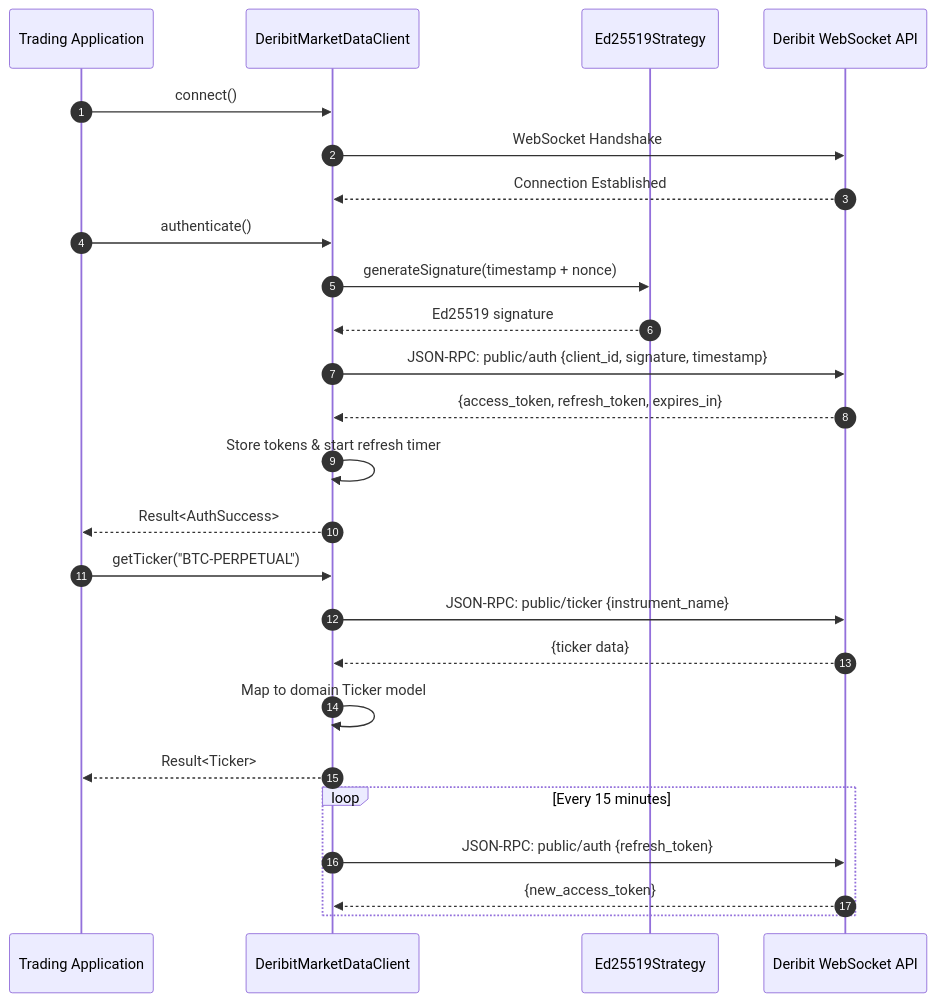
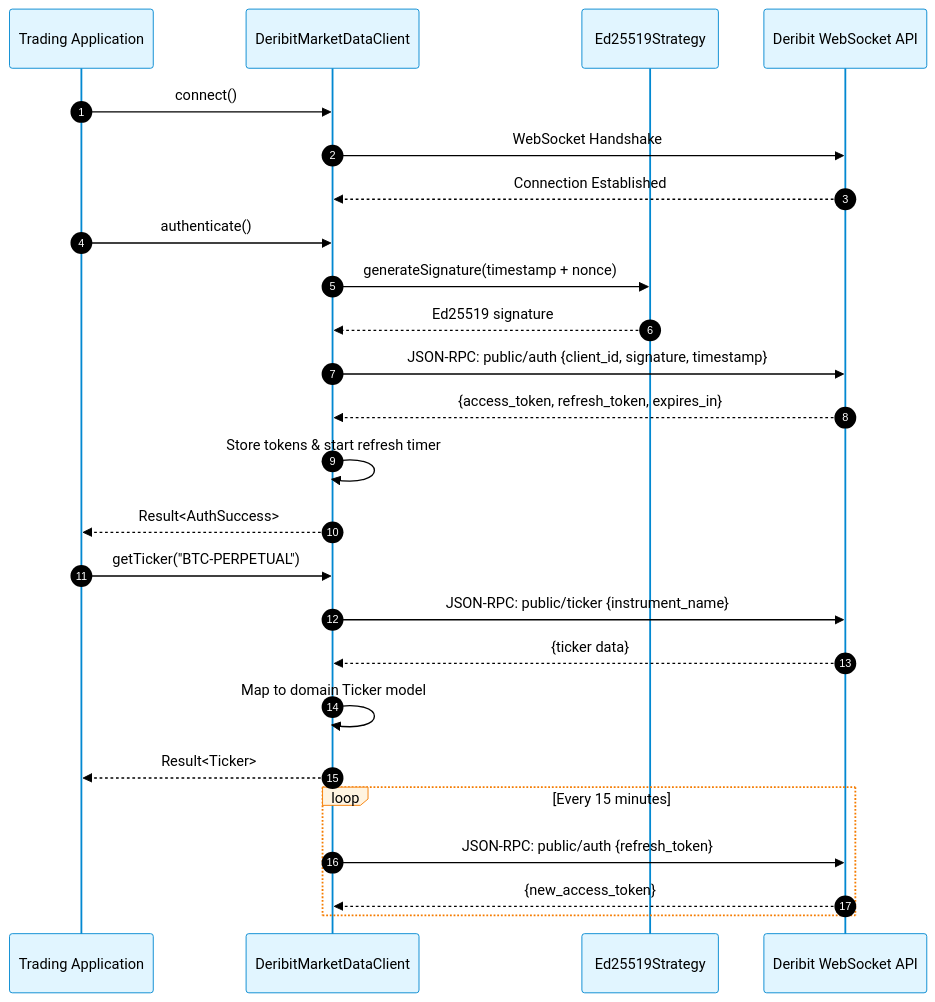
Before and after one commit to ArmandRicheletKleinberg/Ark.Alliance.Trading.Providers.Lib: the eighth of 10 diagrams in README.md, drawn with Mermaid. The commit also changed other lines of this file, not shown here.

First line of the commit message:
enhance: professional styling for main README mermaid diagrams

````diff
--- a/README.md
+++ b/README.md
@@ -582,31 +619,32 @@
 ```mermaid
+%%{init: {'theme':'base', 'themeVariables': { 'primaryColor':'#e1f5ff','actorBkg':'#e1f5ff','actorBorder':'#0288d1','actorTextColor':'#000','signalColor':'#000','signalTextColor':'#000','labelBoxBkgColor':'#fff4e1','labelBoxBorderColor':'#f57c00','labelTextColor':'#000','loopTextColor':'#000','noteBorderColor':'#388e3c','noteBkgColor':'#fff9c4','noteTextColor':'#000','activationBorderColor':'#0288d1','activationBkgColor':'#bbdefb','sequenceNumberColor':'#fff'}}}%%
 sequenceDiagram
     autonumber
     participant App as Trading Application
     participant Client as DeribitMarketDataClient
     participant Auth as Ed25519Strategy
     participant WS as Deribit WebSocket API
     
     App->>Client: connect()
     Client->>WS: WebSocket Handshake
     WS-->>Client: Connection Established
     
     App->>Client: authenticate()
     Client->>Auth: generateSignature(timestamp + nonce)
     Auth-->>Client: Ed25519 signature
     Client->>WS: JSON-RPC: public/auth {client_id, signature, timestamp}
     WS-->>Client: {access_token, refresh_token, expires_in}
     Client->>Client: Store tokens & start refresh timer
     Client-->>App: Result<AuthSuccess>
     
     App->>Client: getTicker("BTC-PERPETUAL")
     Client->>WS: JSON-RPC: public/ticker {instrument_name}
     WS-->>Client: {ticker data}
     Client->>Client: Map to domain Ticker model
     Client-->>App: Result<Ticker>
     
     loop Every 15 minutes
         Client->>WS: JSON-RPC: public/auth {refresh_token}
         WS-->>Client: {new_access_token}
     end
 ```
````
